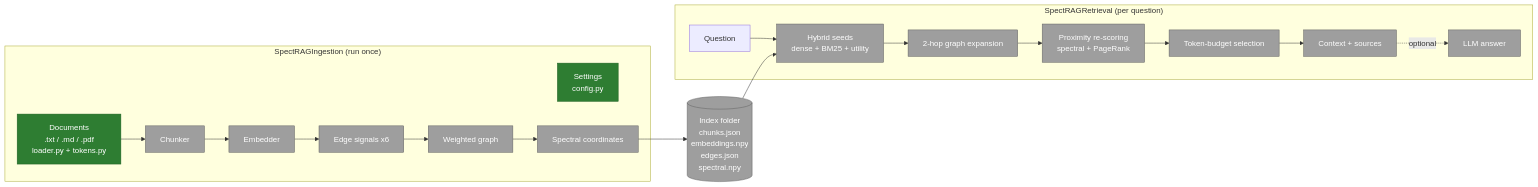
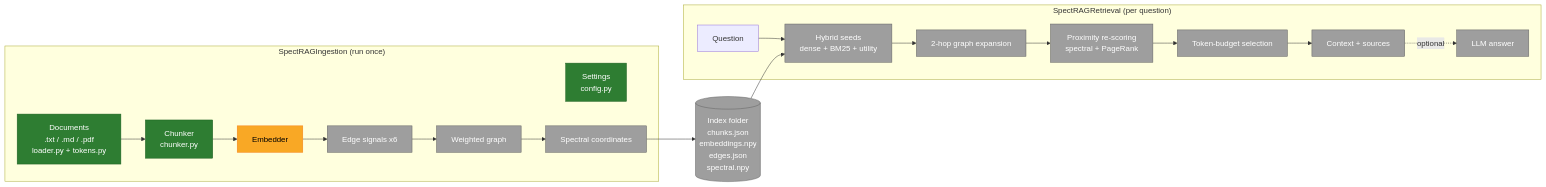
Before and after one commit to aion7891/Spect-RAG: the first of 7 diagrams in README.md, drawn with Mermaid. The commit also changed other lines of this file and 10 other files, not shown here.

````diff
--- a/README.md
+++ b/README.md
@@ -149,24 +149,24 @@
 ```mermaid
 flowchart LR
     subgraph OFFLINE["SpectRAGIngestion (run once)"]
         S["Settings<br/>config.py"]:::done
-        A["Documents<br/>.txt / .md / .pdf<br/>loader.py + tokens.py"]:::done --> B["Chunker"]:::todo
-        B --> C["Embedder"]:::todo
+        A["Documents<br/>.txt / .md / .pdf<br/>loader.py + tokens.py"]:::done --> B["Chunker<br/>chunker.py"]:::done
+        B --> C["Embedder"]:::doing
         C --> D["Edge signals x6"]:::todo
         D --> E["Weighted graph"]:::todo
         E --> F["Spectral coordinates"]:::todo
     end
     F --> G[("Index folder<br/>chunks.json<br/>embeddings.npy<br/>edges.json<br/>spectral.npy")]:::todo
     subgraph ONLINE["SpectRAGRetrieval (per question)"]
         H["Question"] --> I["Hybrid seeds<br/>dense + BM25 + utility"]:::todo
         I --> J["2-hop graph expansion"]:::todo
         J --> K["Proximity re-scoring<br/>spectral + PageRank"]:::todo
         K --> L["Token-budget selection"]:::todo
         L --> M["Context + sources"]:::todo
         M -.optional.-> N["LLM answer"]:::todo
     end
     G --> I
     classDef done fill:#2e7d32,color:#fff,stroke:#1b5e20
     classDef doing fill:#f9a825,color:#000,stroke:#f57f17
     classDef todo fill:#9e9e9e,color:#fff,stroke:#616161
 ```
````
